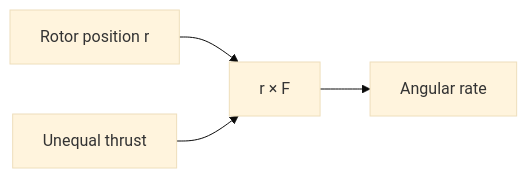
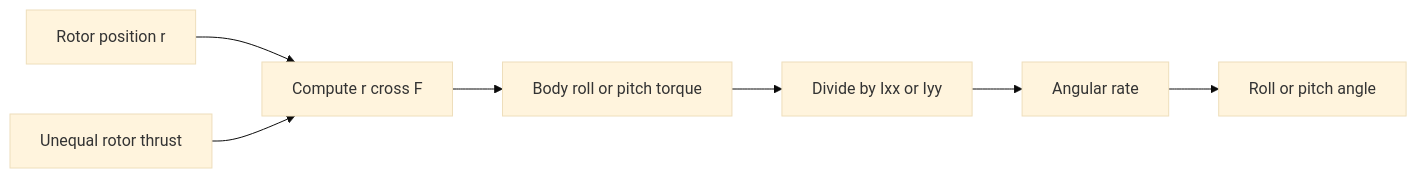
The diagram in docs/modules/06-autonomous-hover/04-roll-pitch-torque/index.md (amire2000/drone-physics-and-simulation-course), drawn with Mermaid (base theme) before and after one commit. The commit also changed other lines of this file and 13 other files, not shown here.

````diff
--- a/docs/modules/06-autonomous-hover/04-roll-pitch-torque/index.md
+++ b/docs/modules/06-autonomous-hover/04-roll-pitch-torque/index.md
@@ -8,6 +17,9 @@
 ```mermaid
 flowchart LR
-    position[Rotor position r] --> cross[r × F]
-    thrust[Unequal thrust] --> cross
-    cross --> rate[Angular rate]
+    position[Rotor position r] --> cross[Compute r cross F]
+    imbalance[Unequal rotor thrust] --> cross
+    cross --> torque[Body roll or pitch torque]
+    torque --> inertia[Divide by Ixx or Iyy]
+    inertia --> rate[Angular rate]
+    rate --> attitude[Roll or pitch angle]
 ```
````
